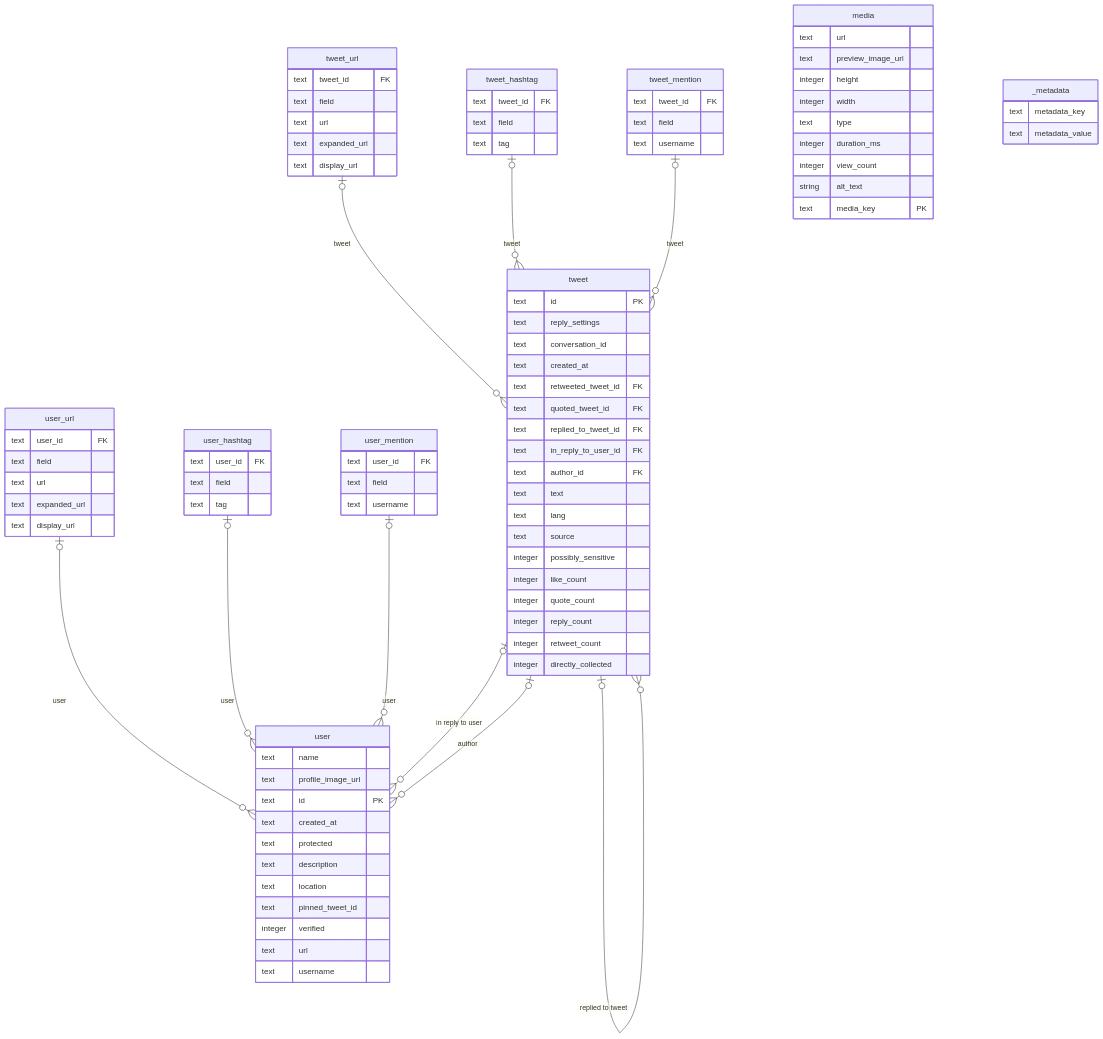
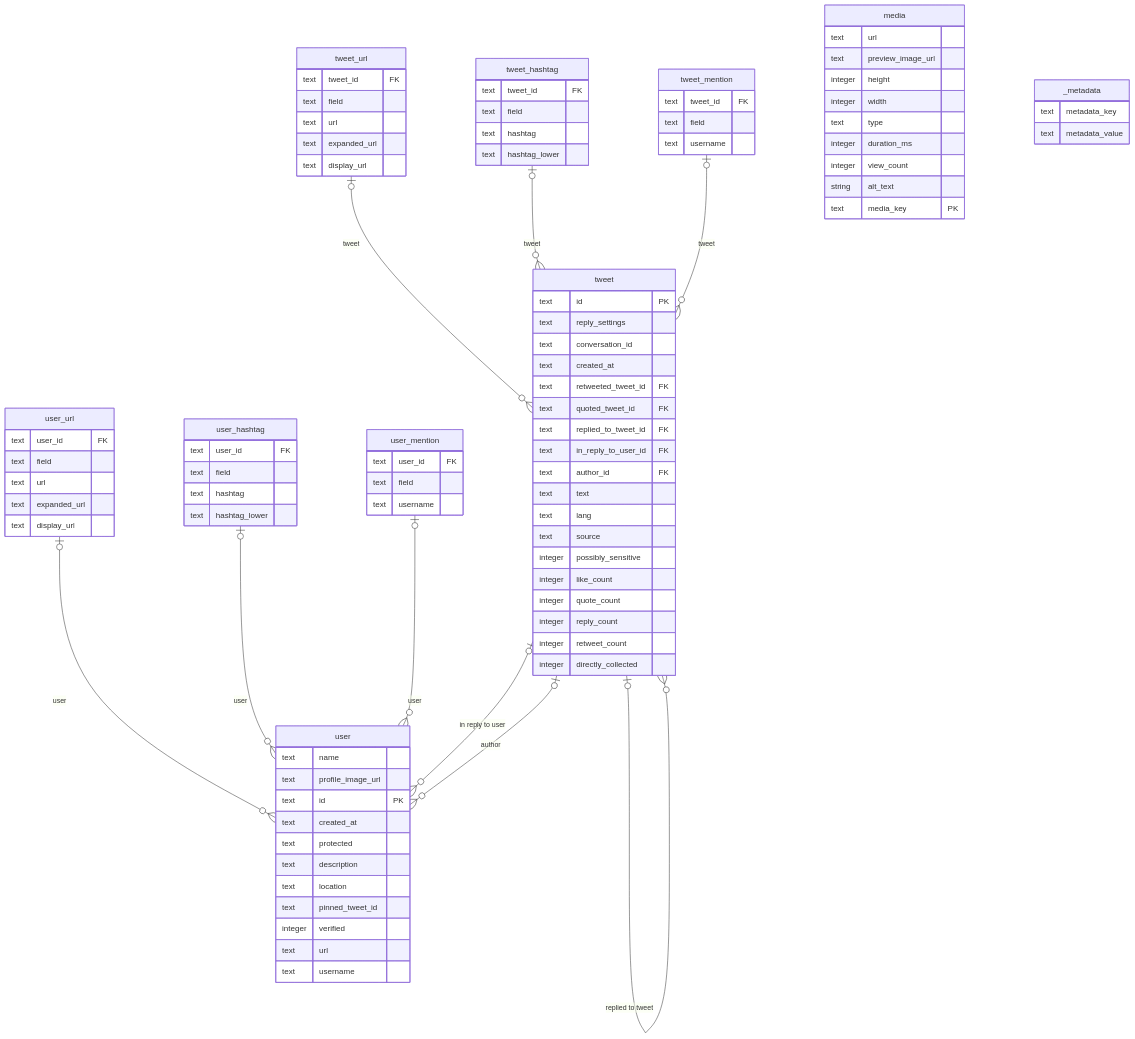
One commit to QUT-Digital-Observatory/tidy_tweet changed the diagram in docs/schema.md. Above: the diagram before and after it, drawn with Mermaid. The commit also changed other lines of this file, not shown here.

Commit message:
Update schema docs

```diff
--- a/docs/schema.md
+++ b/docs/schema.md
@@ -21,12 +21,14 @@
     "tweet_hashtag" {
         text tweet_id FK
         text field
-        text tag
+        text hashtag
+        text hashtag_lower
     }
     "user_hashtag" {
         text user_id FK
         text field
-        text tag
+        text hashtag
+        text hashtag_lower
     }
     "tweet_mention" {
         text tweet_id FK
```
